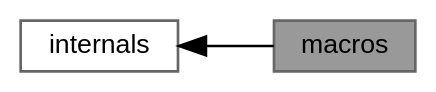
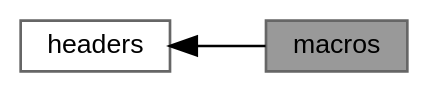
Before and after one commit to ekmett/ein: the diagram in d5/dfd/group__macros.dot, drawn with Graphviz. The commit also changed 293 other files, not shown here.

```diff
--- a/d5/dfd/group__macros.dot
+++ b/d5/dfd/group__macros.dot
@@ -1,11 +1,11 @@
 digraph "macros"
 {
  // LATEX_PDF_SIZE
   bgcolor="transparent";
   edge [fontname=Helvetica,fontsize=10,labelfontname=Helvetica,labelfontsize=10];
   node [fontname=Helvetica,fontsize=10,shape=box,height=0.2,width=0.4];
   rankdir=LR;
-  Node2 [id="Node000002",label="internals",height=0.2,width=0.4,color="grey40", fillcolor="white", style="filled",URL="$d6/d2f/group__internals__group.html",tooltip="stuff the user shouldn't need to care much about"];
+  Node2 [id="Node000002",label="headers",height=0.2,width=0.4,color="grey40", fillcolor="white", style="filled",URL="$d6/df4/group__headers.html",tooltip=" "];
   Node1 [id="Node000001",label="macros",height=0.2,width=0.4,color="gray40", fillcolor="grey60", style="filled", fontcolor="black",tooltip="variadic macro utilities"];
   Node2->Node1 [shape=plaintext, dir="back", style="solid"];
 }
```
